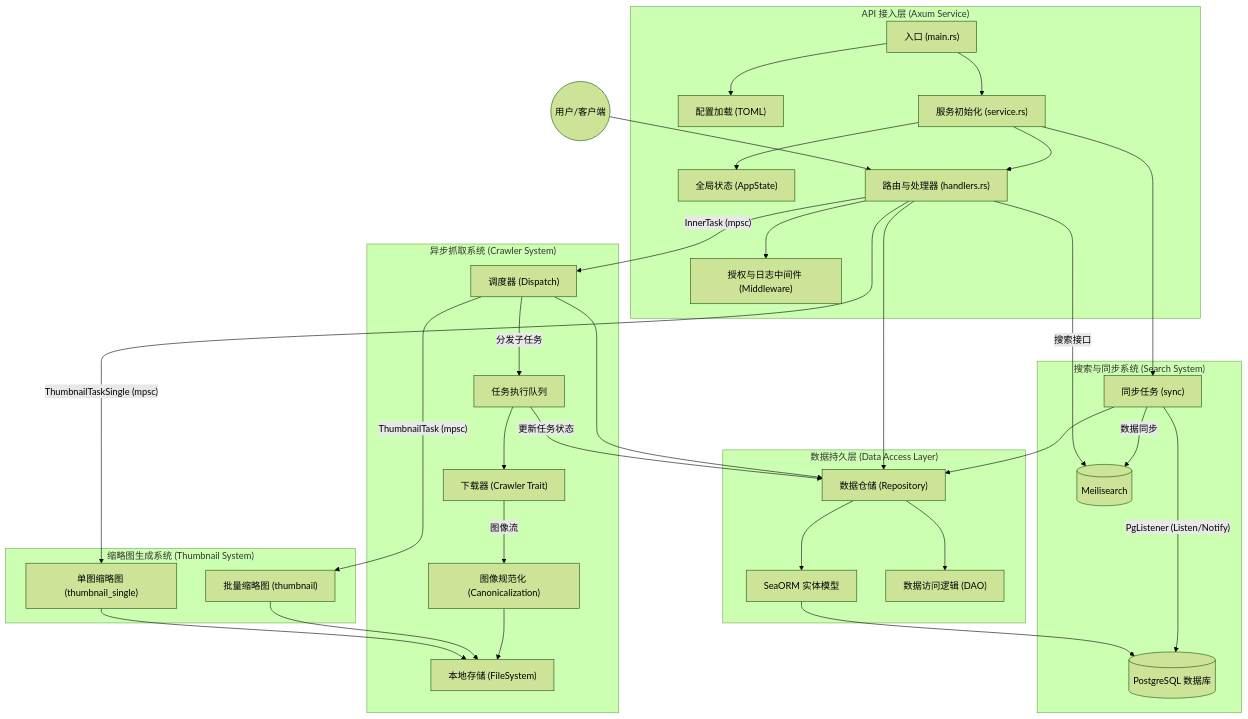
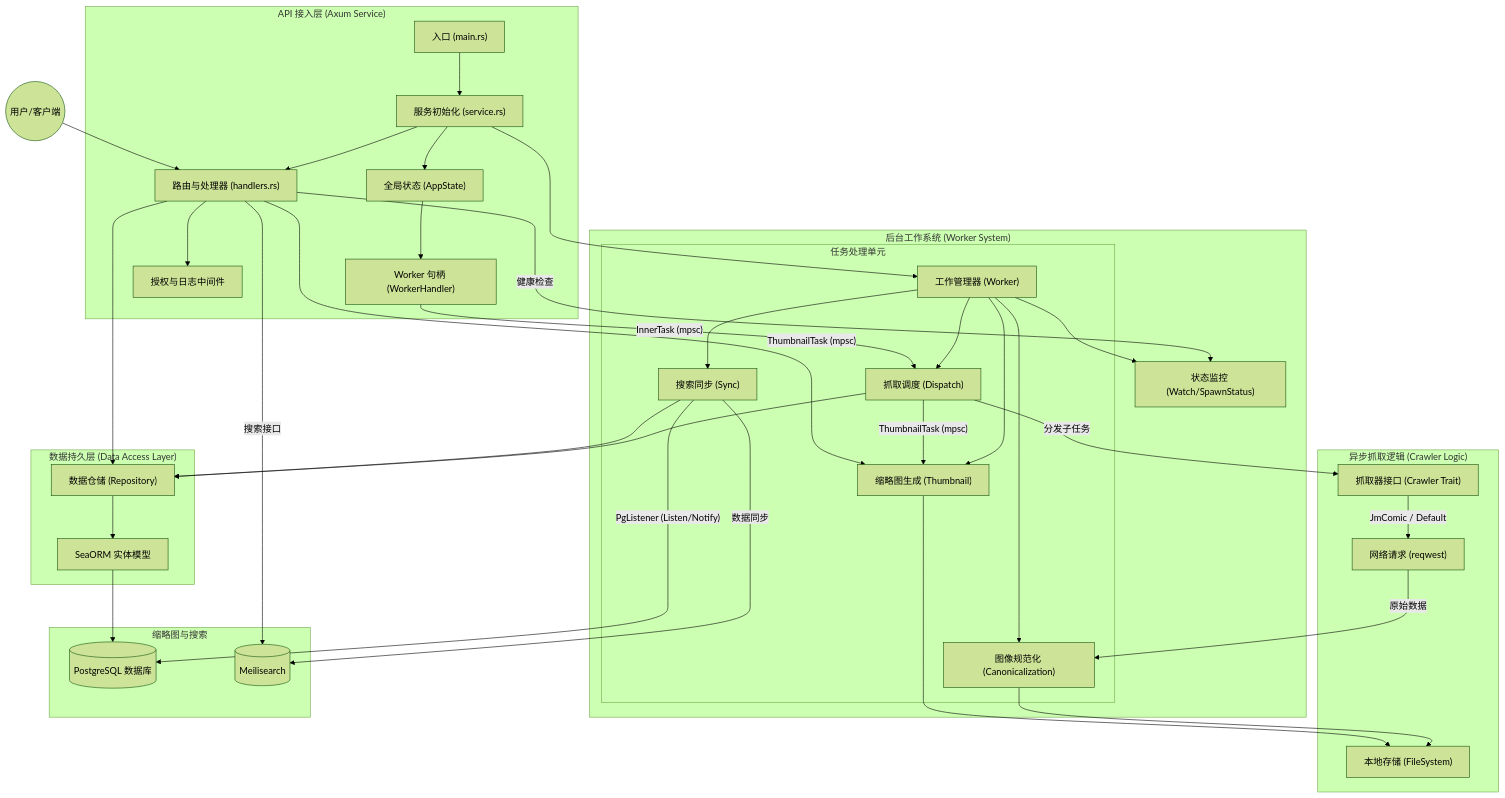
The diagram in README.md (NetSalmon/mangad-neon), drawn with Mermaid (forest theme) before and after one commit.

````diff
--- a/README.md
+++ b/README.md
@@ -1,45 +1,52 @@
 ```mermaid
 graph TD
     subgraph "API 接入层 (Axum Service)"
-        Main["入口 (main.rs)"] --> Config["配置加载 (TOML)"]
-        Main --> Service["服务初始化 (service.rs)"]
+        Main["入口 (main.rs)"] --> Service["服务初始化 (service.rs)"]
         Service --> State["全局状态 (AppState)"]
+        State --> Handler["Worker 句柄 (WorkerHandler)"]
         Service --> Router["路由与处理器 (handlers.rs)"]
-        Router --> Middleware["授权与日志中间件 (Middleware)"]
+        Router --> Middleware["授权与日志中间件"]
     end
 
-    subgraph "异步抓取系统 (Crawler System)"
-        Router -- "InnerTask (mpsc)" --> Dispatch["调度器 (Dispatch)"]
-        Dispatch -- "分发子任务" --> TaskQueue["任务执行队列"]
-        TaskQueue --> Downloader["下载器 (Crawler Trait)"]
-        Downloader -- "图像流" --> Canonical["图像规范化 (Canonicalization)"]
+    subgraph "后台工作系统 (Worker System)"
+        Service --> Worker["工作管理器 (Worker)"]
+        Worker --> Watch["状态监控 (Watch/SpawnStatus)"]
+        
+        subgraph "任务处理单元"
+            Worker --> Dispatch["抓取调度 (Dispatch)"]
+            Worker --> Thumbnail["缩略图生成 (Thumbnail)"]
+            Worker --> Sync["搜索同步 (Sync)"]
+            Worker --> Canonical["图像规范化 (Canonicalization)"]
+        end
+    end
+
+    subgraph "异步抓取逻辑 (Crawler Logic)"
+        Handler -- "InnerTask (mpsc)" --> Dispatch
+        Dispatch -- "分发子任务" --> CrawlerTrait["抓取器接口 (Crawler Trait)"]
+        CrawlerTrait -- "JmComic / Default" --> Net["网络请求 (reqwest)"]
+        Net -- "原始数据" --> Canonical
         Canonical --> Storage["本地存储 (FileSystem)"]
     end
 
-    subgraph "缩略图生成系统 (Thumbnail System)"
-        Dispatch -- "ThumbnailTask (mpsc)" --> Thumbnail["批量缩略图 (thumbnail)"]
-        Router -- "ThumbnailTaskSingle (mpsc)" --> ThumbnailSingle["单图缩略图 (thumbnail_single)"]
+    subgraph "缩略图与搜索"
+        Dispatch -- "ThumbnailTask (mpsc)" --> Thumbnail
+        Router -- "ThumbnailTask (mpsc)" --> Thumbnail
         Thumbnail --> Storage
-        ThumbnailSingle --> Storage
-    end
-
-    subgraph "搜索与同步系统 (Search System)"
-        Service --> Sync["同步任务 (sync)"]
+        
         Sync -- "PgListener (Listen/Notify)" --> DB
         Sync -- "数据同步" --> Meili[("Meilisearch")]
         Router -- "搜索接口" --> Meili
     end
 
     subgraph "数据持久层 (Data Access Layer)"
         Repo["数据仓储 (Repository)"]
         Repo --> ORM["SeaORM 实体模型"]
         ORM --> DB[("PostgreSQL 数据库")]
-        Repo --> DAO["数据访问逻辑 (DAO)"]
     end
 
     User((用户/客户端)) --> Router
+    Router -- "健康检查" --> Watch
     Router --> Repo
     Dispatch --> Repo
-    TaskQueue -- "更新任务状态" --> Repo
     Sync --> Repo
 ```
````
